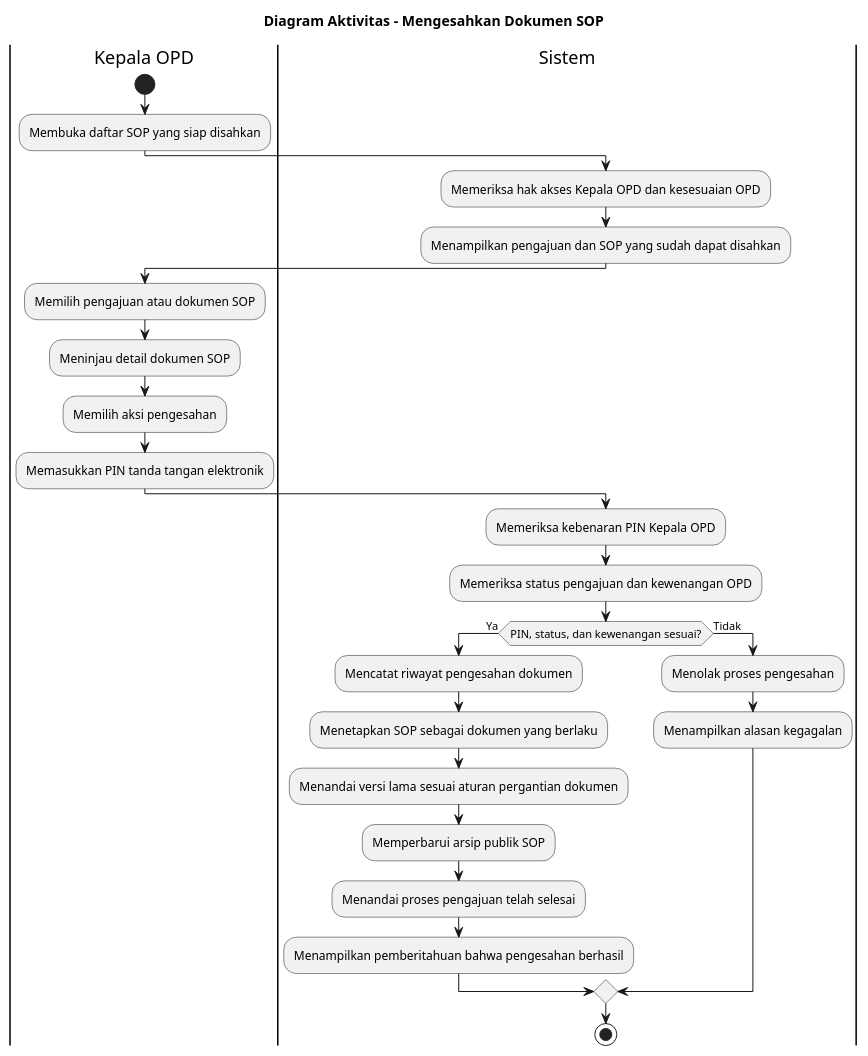
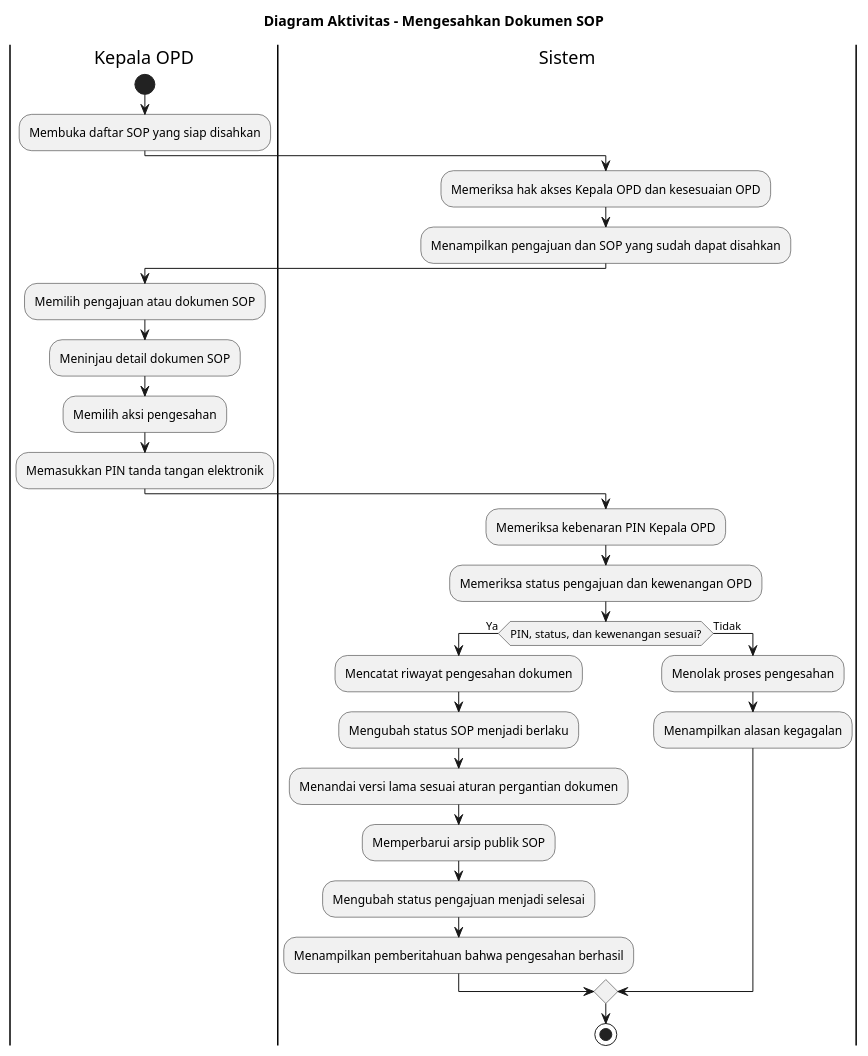
One commit to howlil/sop-generate-app changed the diagram in docs/activity-diagram/kepala-opd-mengesahkan-dokumen-sop.md. Above: the diagram before and after it, drawn with PlantUML. The commit also changed 18 other files, not shown here.

````diff
--- a/docs/activity-diagram/kepala-opd-mengesahkan-dokumen-sop.md
+++ b/docs/activity-diagram/kepala-opd-mengesahkan-dokumen-sop.md
@@ -16,36 +16,36 @@
 ```plantuml
 @startuml
 title Diagram Aktivitas - Mengesahkan Dokumen SOP
 
 |Kepala OPD|
 start
 :Membuka daftar SOP yang siap disahkan;
 
 |Sistem|
 :Memeriksa hak akses Kepala OPD dan kesesuaian OPD;
 :Menampilkan pengajuan dan SOP yang sudah dapat disahkan;
 
 |Kepala OPD|
 :Memilih pengajuan atau dokumen SOP;
 :Meninjau detail dokumen SOP;
 :Memilih aksi pengesahan;
 :Memasukkan PIN tanda tangan elektronik;
 
 |Sistem|
 :Memeriksa kebenaran PIN Kepala OPD;
 :Memeriksa status pengajuan dan kewenangan OPD;
 if (PIN, status, dan kewenangan sesuai?) then (Ya)
   :Mencatat riwayat pengesahan dokumen;
-  :Menetapkan SOP sebagai dokumen yang berlaku;
+  :Mengubah status SOP menjadi berlaku;
   :Menandai versi lama sesuai aturan pergantian dokumen;
   :Memperbarui arsip publik SOP;
-  :Menandai proses pengajuan telah selesai;
+  :Mengubah status pengajuan menjadi selesai;
   :Menampilkan pemberitahuan bahwa pengesahan berhasil;
 else (Tidak)
   :Menolak proses pengesahan;
   :Menampilkan alasan kegagalan;
 endif
 
 stop
 @enduml
 ```
````
